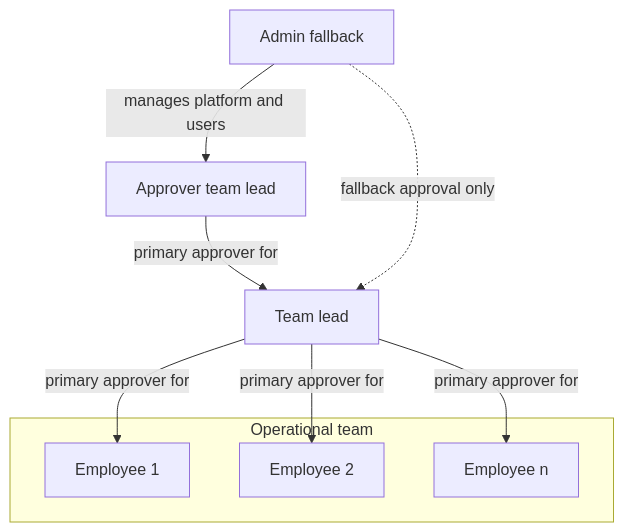
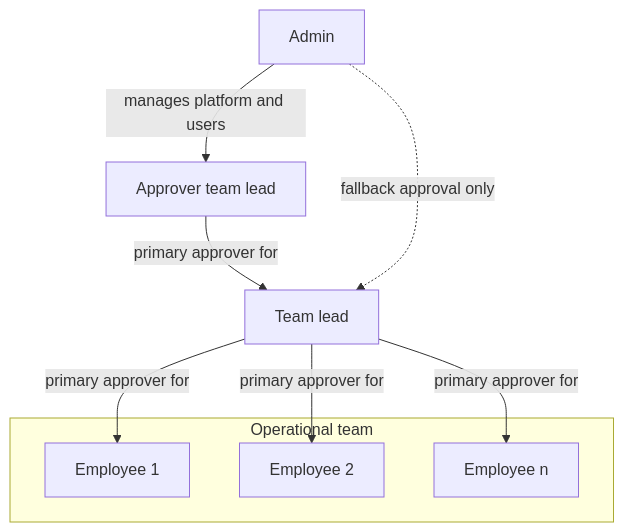
One commit to ramteid/zerf-time-absence-management changed the first of 2 diagrams in README.md. Above: the diagram before and after it, drawn with Mermaid. The commit also changed other lines of this file, not shown here.

````diff
--- a/README.md
+++ b/README.md
@@ -36,20 +36,20 @@
 ```mermaid
 flowchart TD
-	Admin[Admin fallback]
+	Admin[Admin]
 	LeadB[Approver team lead]
 	LeadA[Team lead]
 
 	subgraph TeamGroup[Operational team]
 		E1[Employee 1]
 		E2[Employee 2]
 		EN[Employee n]
 	end
 
 	LeadA -->|primary approver for| E1
 	LeadA -->|primary approver for| E2
 	LeadA -->|primary approver for| EN
 	LeadB -->|primary approver for| LeadA
 
 	Admin -->|manages platform and users| LeadB
 	Admin -. fallback approval only .-> LeadA
 ```
````
